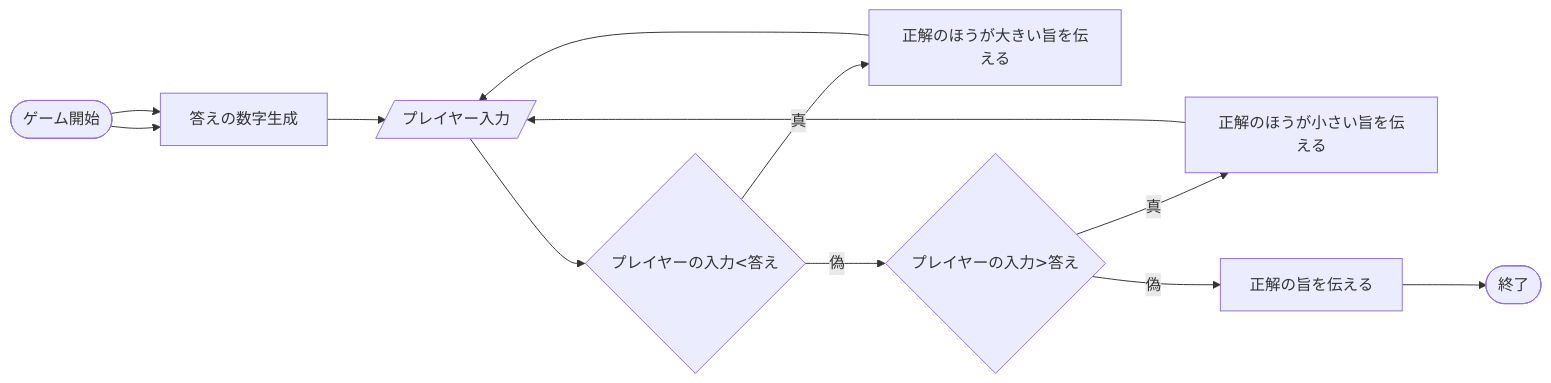
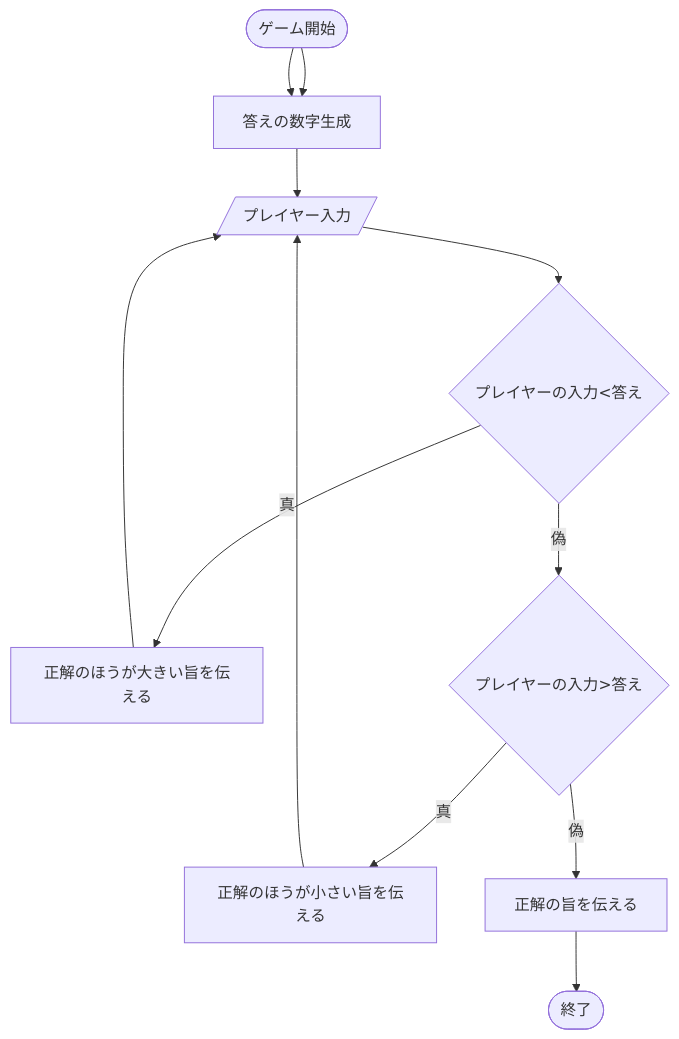
One commit to tpu-game-2022/mermaid_test changed the diagram in README.md. Above: the diagram before and after it, drawn with Mermaid.

Commit message:
流れ図更新

````diff
--- a/README.md
+++ b/README.md
@@ -21,14 +21,14 @@
 ```mermaid
-flowchart LR;
+flowchart TD;
   A([ゲーム開始]) --> B[答えの数字生成]
   B --> C[/プレイヤー入力/]
   C --> D{プレイヤーの入力<答え} 
   D -- 真 --> E[正解のほうが大きい旨を伝える]
   E --> C
   D -- 偽 --> F{プレイヤーの入力>答え} 
   F -- 真 --> G[正解のほうが小さい旨を伝える]
   G --> C
   F -- 偽 --> H[正解の旨を伝える]
   H -->I([終了])
   A --> B
 ```
````
